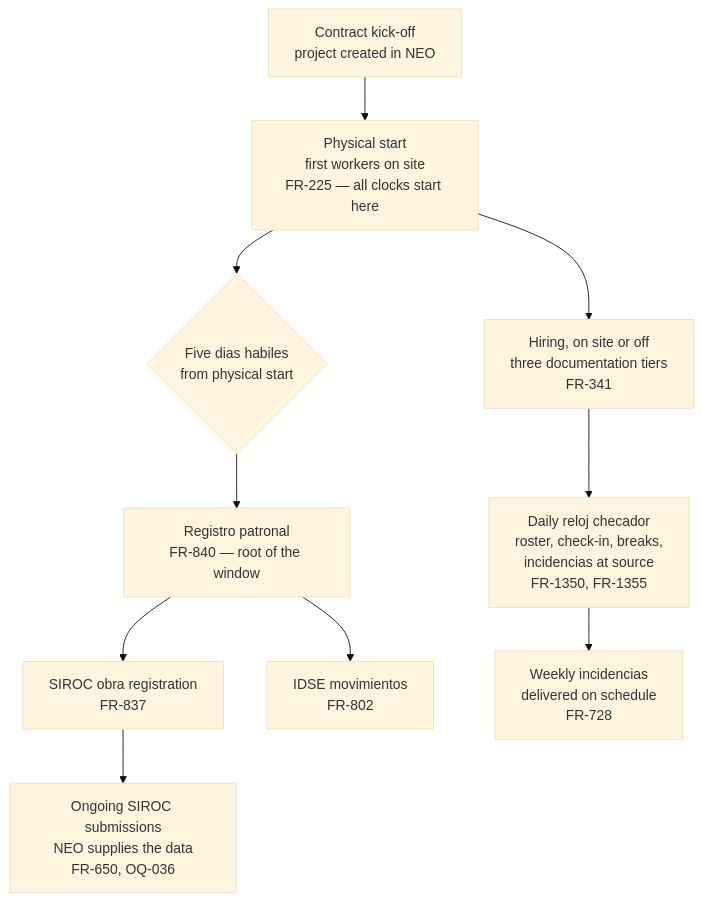
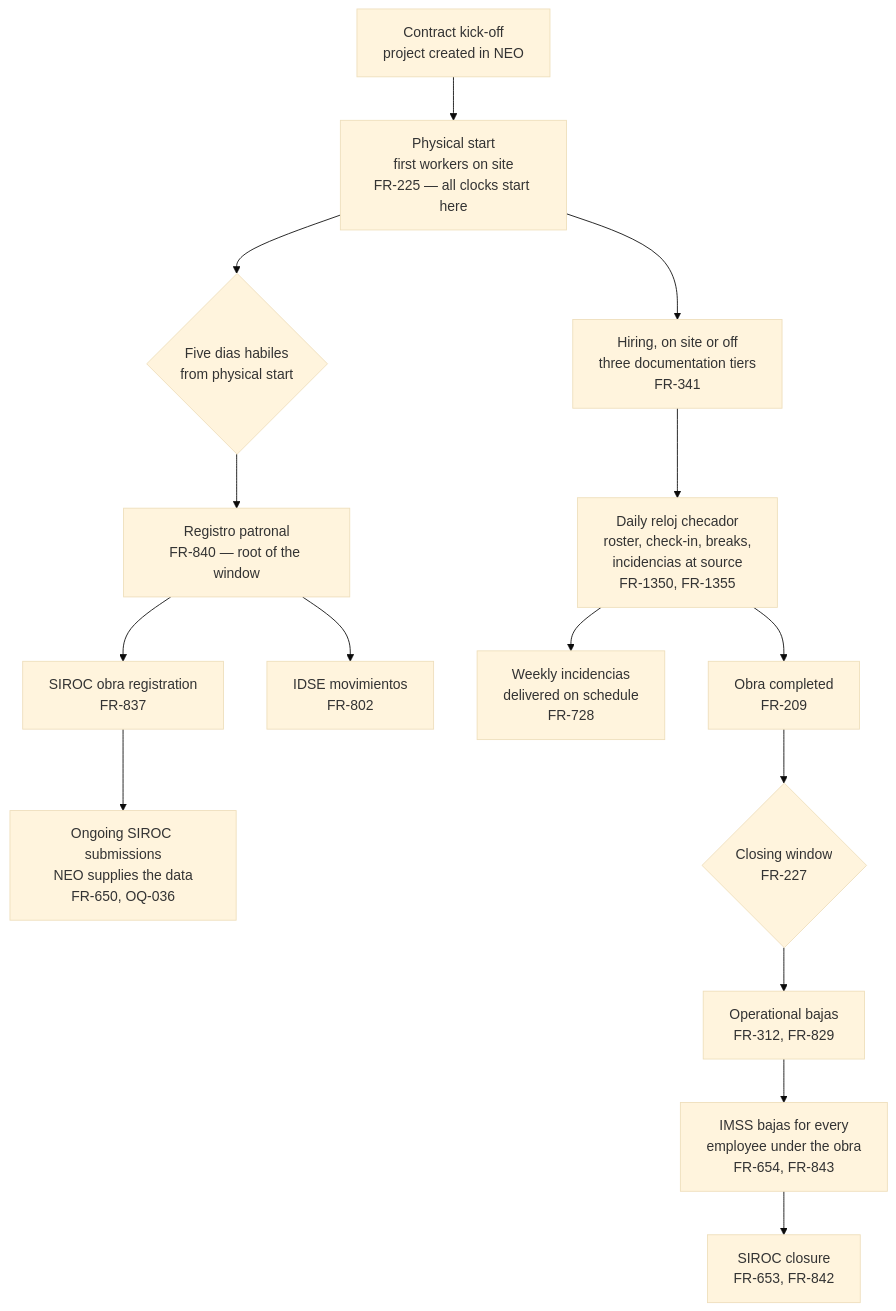
One commit to Misgard/neo changed the second of 6 diagrams in docs/system/prd.md. Above: the diagram before and after it, drawn with Mermaid (base theme). The commit also changed other lines of this file, not shown here.

````diff
--- a/docs/system/prd.md
+++ b/docs/system/prd.md
@@ -487,12 +487,17 @@
 ```mermaid
 flowchart TD
     K["Contract kick-off<br/>project created in NEO"] --> P["Physical start<br/>first workers on site<br/>FR-225 — all clocks start here"]
     P --> H["Hiring, on site or off<br/>three documentation tiers<br/>FR-341"]
     H --> D["Daily reloj checador<br/>roster, check-in, breaks,<br/>incidencias at source<br/>FR-1350, FR-1355"]
     P --> W{"Five dias habiles<br/>from physical start"}
     W --> RP["Registro patronal<br/>FR-840 — root of the window"]
     RP --> S["SIROC obra registration<br/>FR-837"]
     RP --> I["IDSE movimientos<br/>FR-802"]
     D --> INC["Weekly incidencias<br/>delivered on schedule<br/>FR-728"]
     S --> SC["Ongoing SIROC submissions<br/>NEO supplies the data<br/>FR-650, OQ-036"]
+    D --> E["Obra completed<br/>FR-209"]
+    E --> C{"Closing window<br/>FR-227"}
+    C --> CB["Operational bajas<br/>FR-312, FR-829"]
+    CB --> CI["IMSS bajas for every<br/>employee under the obra<br/>FR-654, FR-843"]
+    CI --> CS["SIROC closure<br/>FR-653, FR-842"]
 ```
````
